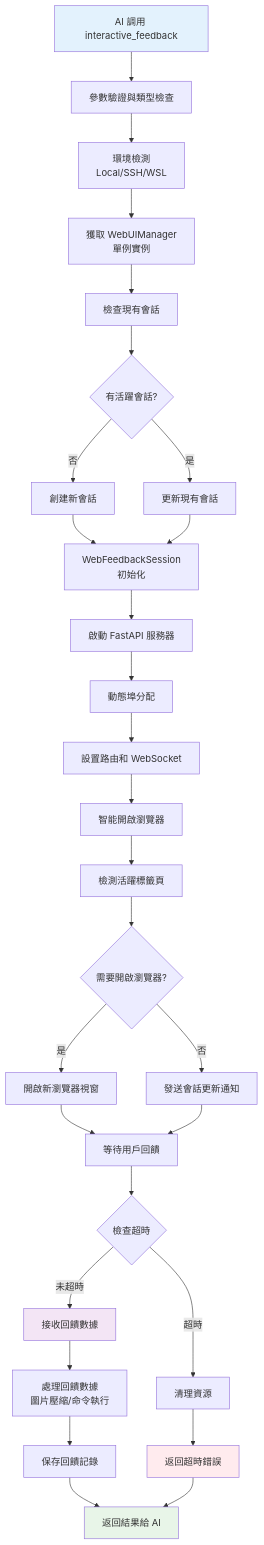
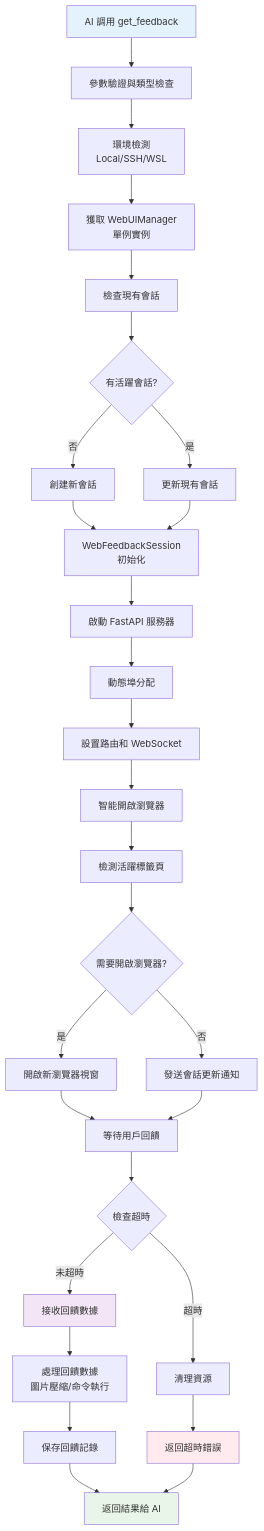
The second of 12 diagrams in docs/architecture/interaction-flows.md (LeonBuild/mcp-feedback-enhanced-pro), drawn with Mermaid before and after one commit. The commit also changed other lines of this file and 26 other files, not shown here.

Commit message:
rename to `get_feedback`

````diff
--- a/docs/architecture/interaction-flows.md
+++ b/docs/architecture/interaction-flows.md
@@ -113,44 +113,44 @@
 ```mermaid
 flowchart TD
-    START[AI 調用 interactive_feedback] --> VALIDATE[參數驗證與類型檢查]
+    START[AI 調用 get_feedback] --> VALIDATE[參數驗證與類型檢查]
     VALIDATE --> ENV[環境檢測<br/>Local/SSH/WSL]
     ENV --> MANAGER[獲取 WebUIManager<br/>單例實例]
     MANAGER --> CHECK[檢查現有會話]
     CHECK --> DECISION{有活躍會話?}
 
     DECISION -->|否| CREATE[創建新會話]
     DECISION -->|是| UPDATE[更新現有會話]
 
     CREATE --> SESSION[WebFeedbackSession<br/>初始化]
     UPDATE --> SESSION
 
     SESSION --> SERVER[啟動 FastAPI 服務器]
     SERVER --> PORT[動態埠分配]
     PORT --> ROUTES[設置路由和 WebSocket]
     ROUTES --> BROWSER[智能開啟瀏覽器]
 
     BROWSER --> DETECT[檢測活躍標籤頁]
     DETECT --> OPEN_DECISION{需要開啟瀏覽器?}
 
     OPEN_DECISION -->|是| OPEN[開啟新瀏覽器視窗]
     OPEN_DECISION -->|否| NOTIFY[發送會話更新通知]
 
     OPEN --> WAIT[等待用戶回饋]
     NOTIFY --> WAIT
 
     WAIT --> TIMEOUT{檢查超時}
     TIMEOUT -->|未超時| FEEDBACK[接收回饋數據]
     TIMEOUT -->|超時| CLEANUP[清理資源]
 
     FEEDBACK --> PROCESS[處理回饋數據<br/>圖片壓縮/命令執行]
     PROCESS --> SAVE[保存回饋記錄]
     SAVE --> RETURN[返回結果給 AI]
 
     CLEANUP --> ERROR[返回超時錯誤]
     ERROR --> RETURN
 
     style START fill:#e3f2fd
     style RETURN fill:#e8f5e8
     style ERROR fill:#ffebee
     style FEEDBACK fill:#f3e5f5
 ```
````
